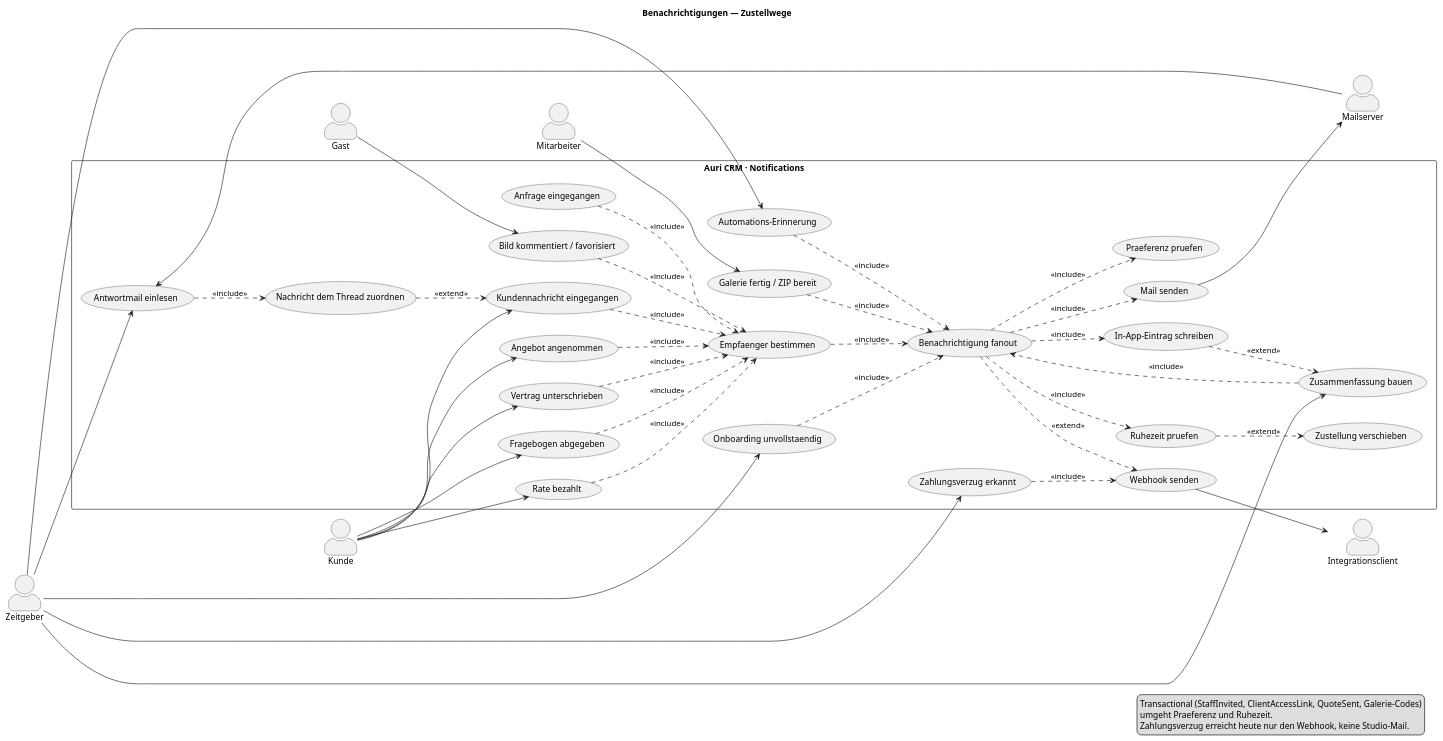
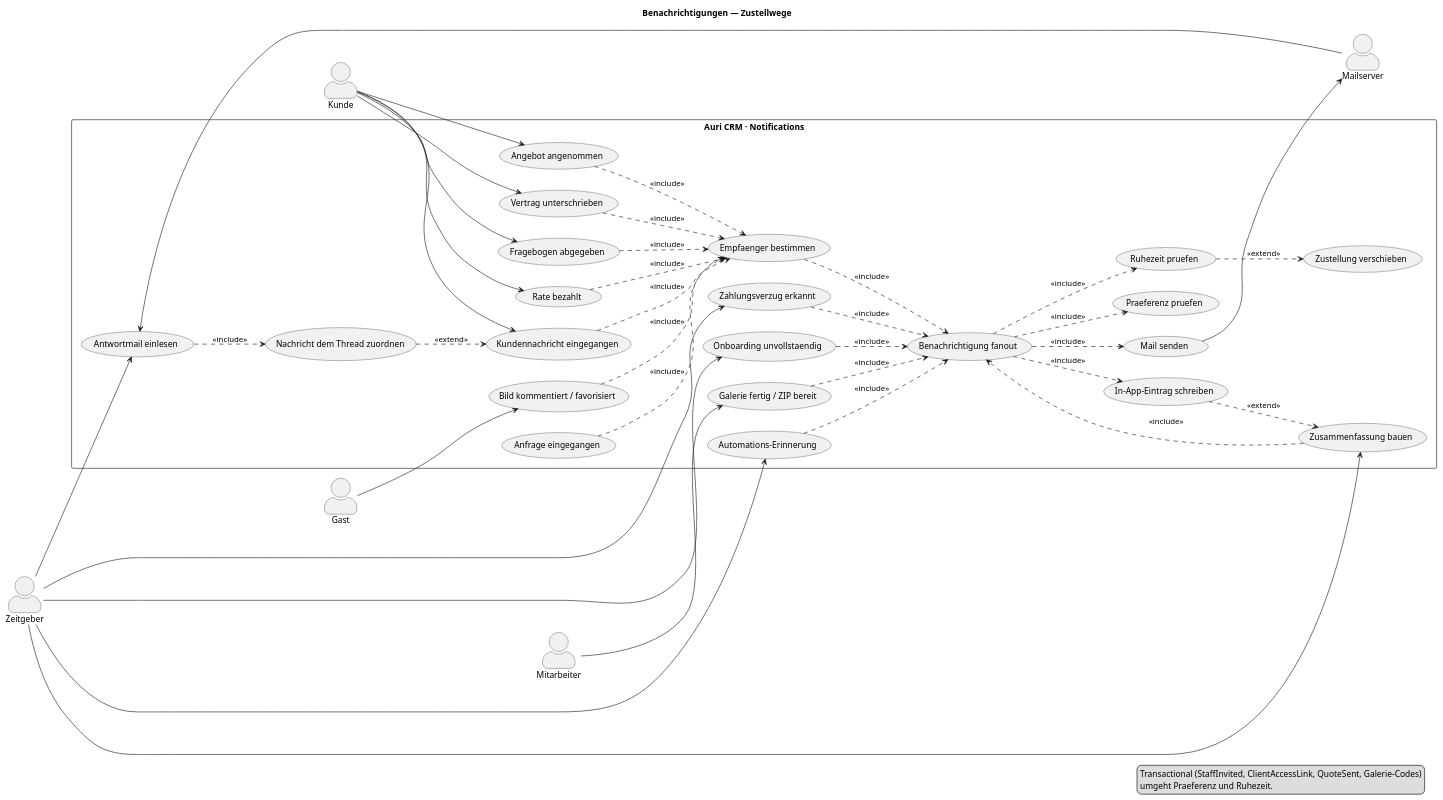
One commit to czepter/auri-crm changed the diagram in docs/benachrichtigungen-anwendungsfaelle.puml. Above: the diagram before and after it, drawn with PlantUML. The commit also changed 28 other files, not shown here.

```diff
--- a/docs/benachrichtigungen-anwendungsfaelle.puml
+++ b/docs/benachrichtigungen-anwendungsfaelle.puml
@@ -1,93 +1,88 @@
 @startuml
 
 title Benachrichtigungen — Zustellwege
 
 left to right direction
 skinparam shadowing false
 skinparam actorStyle awesome
 
 actor "Zeitgeber" as Clock2
 actor "Kunde" as Client2
 actor "Gast" as Guest2
 actor "Mitarbeiter" as Staff2
 
 rectangle "Auri CRM · Notifications" {
   usecase "Anfrage eingegangen" as N_Inquiry
   usecase "Angebot angenommen" as N_QuoteAccepted
   usecase "Vertrag unterschrieben" as N_Signed
   usecase "Fragebogen abgegeben" as N_Form
   usecase "Rate bezahlt" as N_Paid
   usecase "Kundennachricht eingegangen" as N_Message
   usecase "Bild kommentiert / favorisiert" as N_Asset
   usecase "Galerie fertig / ZIP bereit" as N_Gallery
   usecase "Automations-Erinnerung" as N_Automation
   usecase "Zahlungsverzug erkannt" as N_Overdue
   usecase "Onboarding unvollstaendig" as N_Onboarding
 
   usecase "Empfaenger bestimmen" as N_Audience
   usecase "Benachrichtigung fanout" as N_Service
   usecase "Praeferenz pruefen" as N_Prefs
   usecase "Ruhezeit pruefen" as N_Quiet
   usecase "Zustellung verschieben" as N_Defer
   usecase "Zusammenfassung bauen" as N_Digest
 
   usecase "Mail senden" as N_Mail
   usecase "In-App-Eintrag schreiben" as N_InApp
-  usecase "Webhook senden" as N_Hook
 
   usecase "Antwortmail einlesen" as N_Inbound
   usecase "Nachricht dem Thread zuordnen" as N_Thread
 }
 
 actor "Mailserver" as Mail2
-actor "Integrationsclient" as Api2
 
 Client2 --> N_Message
 Client2 --> N_QuoteAccepted
 Client2 --> N_Signed
 Client2 --> N_Form
 Client2 --> N_Paid
 Guest2 --> N_Asset
 Clock2 --> N_Automation
 Clock2 --> N_Overdue
 Clock2 --> N_Onboarding
 Clock2 --> N_Digest
 Clock2 --> N_Inbound
 Staff2 --> N_Gallery
 
 N_Inquiry ..> N_Audience : <<include>>
 N_QuoteAccepted ..> N_Audience : <<include>>
 N_Signed ..> N_Audience : <<include>>
 N_Form ..> N_Audience : <<include>>
 N_Paid ..> N_Audience : <<include>>
 N_Message ..> N_Audience : <<include>>
 N_Asset ..> N_Audience : <<include>>
 N_Audience ..> N_Service : <<include>>
 
 N_Gallery ..> N_Service : <<include>>
 N_Automation ..> N_Service : <<include>>
 N_Onboarding ..> N_Service : <<include>>
 N_Digest ..> N_Service : <<include>>
 
 N_Service ..> N_Prefs : <<include>>
 N_Service ..> N_Quiet : <<include>>
 N_Quiet ..> N_Defer : <<extend>>
 N_Service ..> N_Mail : <<include>>
 N_Service ..> N_InApp : <<include>>
-N_Service ..> N_Hook : <<extend>>
 N_InApp ..> N_Digest : <<extend>>
 
-N_Overdue ..> N_Hook : <<include>>
+N_Overdue ..> N_Service : <<include>>
 N_Inbound ..> N_Thread : <<include>>
 N_Thread ..> N_Message : <<extend>>
 
 N_Mail --> Mail2
 Mail2 --> N_Inbound
-N_Hook --> Api2
 
 legend right
   Transactional (StaffInvited, ClientAccessLink, QuoteSent, Galerie-Codes)
   umgeht Praeferenz und Ruhezeit.
-  Zahlungsverzug erreicht heute nur den Webhook, keine Studio-Mail.
 endlegend
 @enduml
```
